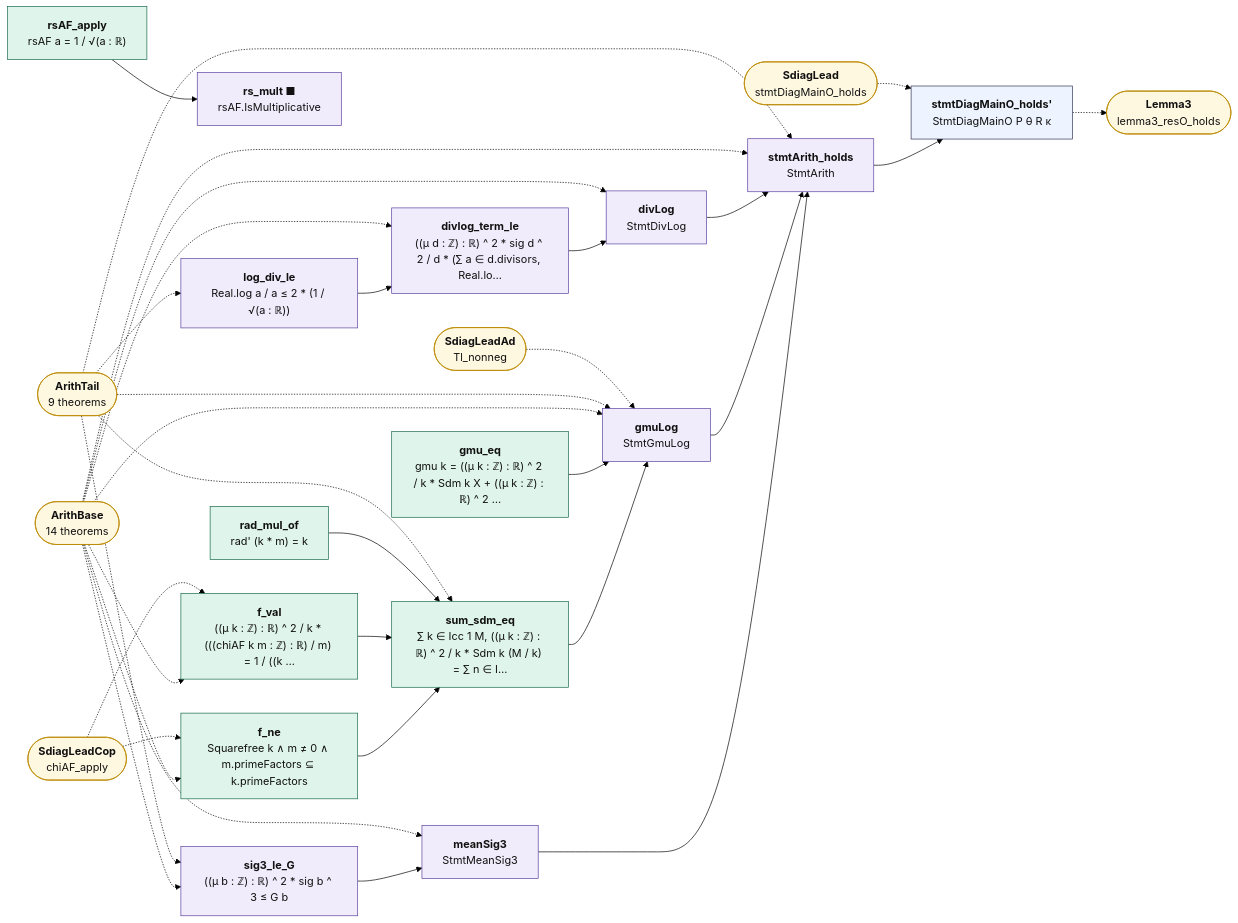
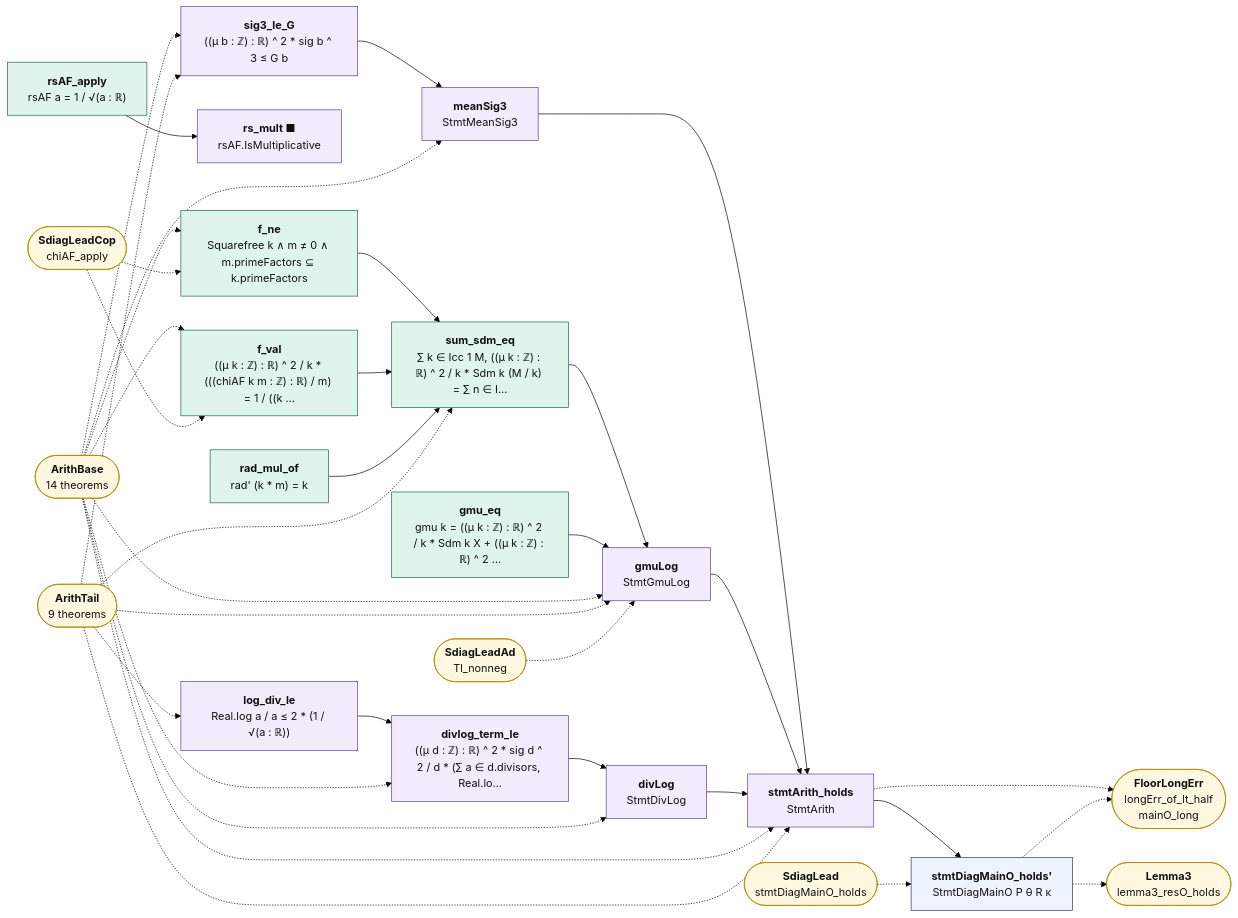
One commit to juliansambranojr/Primebeat_081426 changed the diagram in map/lean_stage3/Arith.md. Above: the diagram before and after it, drawn with Mermaid (forest theme). The commit also changed other lines of this file and 64 other files, not shown here.

````diff
--- a/map/lean_stage3/Arith.md
+++ b/map/lean_stage3/Arith.md
@@ -14,63 +14,66 @@
 ```mermaid
 flowchart LR
   n0["<b>sig3_le_G</b><br/>((μ b : ℤ) : ℝ) ^ 2 * sig b ^ 3 ≤ G b"]:::shp
   n1["<b>meanSig3</b><br/>StmtMeanSig3"]:::shp
   n2["<b>rsAF_apply</b><br/>rsAF a = 1 / √(a : ℝ)"]:::cnt
   n3["<b>rs_mult ■</b><br/>rsAF.IsMultiplicative"]:::shp
   n4["<b>log_div_le</b><br/>Real.log a / a ≤ 2 * (1 / √(a : ℝ))"]:::shp
   n5["<b>divlog_term_le</b><br/>((μ d : ℤ) : ℝ) ^ 2 * sig d ^ 2 / d * (∑ a ∈ d.divisors, Real.lo…"]:::shp
   n6["<b>divLog</b><br/>StmtDivLog"]:::shp
   n7["<b>f_ne</b><br/>Squarefree k ∧ m ≠ 0 ∧ m.primeFactors ⊆ k.primeFactors"]:::cnt
   n8["<b>f_val</b><br/>((μ k : ℤ) : ℝ) ^ 2 / k * (((chiAF k m : ℤ) : ℝ) / m) = 1 / ((k …"]:::cnt
   n9["<b>rad_mul_of</b><br/>rad' (k * m) = k"]:::cnt
   n10["<b>sum_sdm_eq</b><br/>∑ k ∈ Icc 1 M, ((μ k : ℤ) : ℝ) ^ 2 / k * Sdm k (M / k) = ∑ n ∈ I…"]:::cnt
   n11["<b>gmu_eq</b><br/>gmu k = ((μ k : ℤ) : ℝ) ^ 2 / k * Sdm k X + ((μ k : ℤ) : ℝ) ^ 2 …"]:::cnt
   n12["<b>gmuLog</b><br/>StmtGmuLog"]:::shp
   n13["<b>stmtArith_holds</b><br/>StmtArith"]:::shp
   n14["<b>stmtDiagMainO_holds'</b><br/>StmtDiagMainO P θ R κ"]:::thm
   x0(["<b>ArithBase</b><br/>14 theorems"]):::ext
   x1(["<b>ArithTail</b><br/>9 theorems"]):::ext
   x2(["<b>SdiagLeadCop</b><br/>chiAF_apply"]):::ext
   x3(["<b>SdiagLeadAd</b><br/>Tl_nonneg"]):::ext
-  x4(["<b>SdiagLead</b><br/>stmtDiagMainO_holds"]):::ext
-  x5(["<b>Lemma3</b><br/>lemma3_resO_holds"]):::ext
+  x4(["<b>FloorLongErr</b><br/>longErr_of_lt_half<br/>mainO_long"]):::ext
+  x5(["<b>SdiagLead</b><br/>stmtDiagMainO_holds"]):::ext
+  x6(["<b>Lemma3</b><br/>lemma3_resO_holds"]):::ext
   n0 --> n1
   n1 --> n13
   n10 --> n12
   n11 --> n12
   n12 --> n13
   n13 --> n14
   n2 --> n3
   n4 --> n5
   n5 --> n6
   n6 --> n13
   n7 --> n10
   n8 --> n10
   n9 --> n10
-  n14 -.-> x5
+  n13 -.-> x4
+  n14 -.-> x4
+  n14 -.-> x6
   x0 -.-> n0
   x0 -.-> n1
   x0 -.-> n12
   x0 -.-> n13
   x0 -.-> n5
   x0 -.-> n6
   x0 -.-> n7
   x0 -.-> n8
   x1 -.-> n0
   x1 -.-> n10
   x1 -.-> n12
   x1 -.-> n13
   x1 -.-> n4
   x2 -.-> n7
   x2 -.-> n8
   x3 -.-> n12
-  x4 -.-> n14
+  x5 -.-> n14
   classDef cnt fill:#dff5ec,stroke:#17694a,color:#111
   classDef shp fill:#f1ecfb,stroke:#5b3fa0,color:#111
   classDef rh fill:#ffe5e5,stroke:#c22,color:#111,stroke-width:2px
   classDef thm fill:#eef4ff,stroke:#335,color:#111
   classDef end_ fill:#e7f7e7,stroke:#2a7,color:#111,stroke-width:2px
   classDef lone fill:#fff,stroke:#999,color:#111,stroke-dasharray:4 3
   classDef bad fill:#ffe5e5,stroke:#c22,color:#111,stroke-width:2px
   classDef ext fill:#fff8e1,stroke:#b80,color:#111
 ```
````
